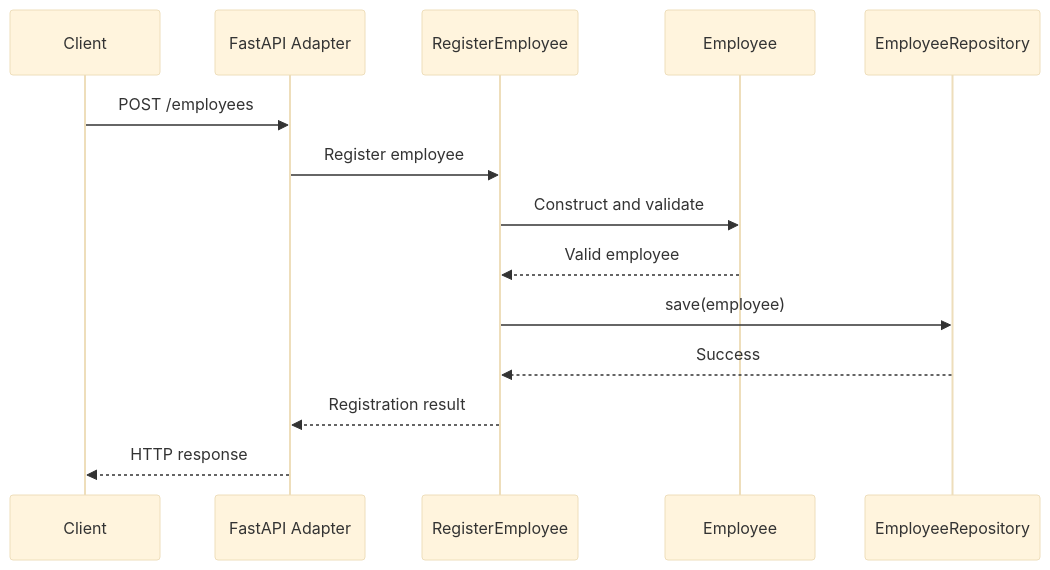
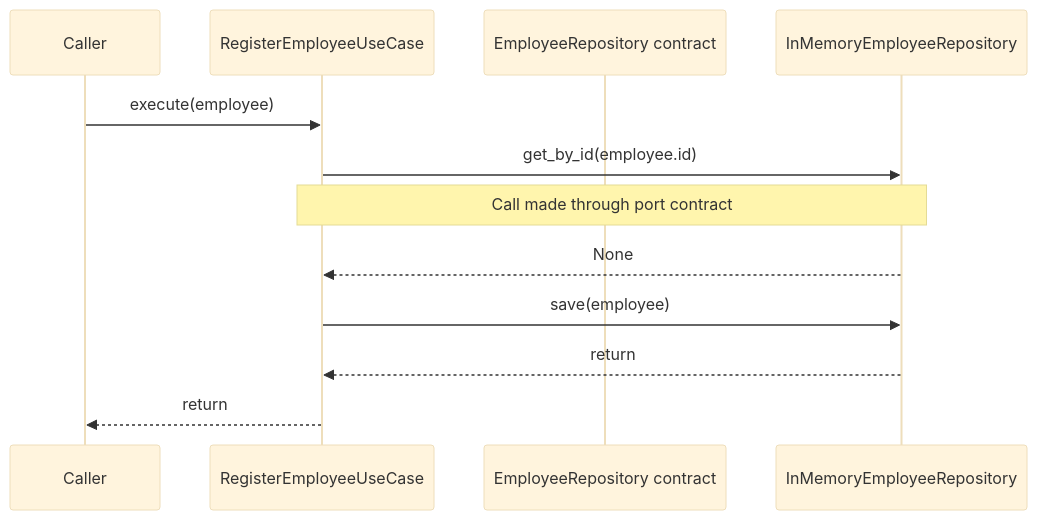
Before and after one commit to Thommans-Playground/coursera-IBM-RAG-Agentic-AI-Professional-Certificate: the tenth of 12 diagrams in course3/instructions.md, drawn with Mermaid (base theme). The commit also changed other lines of this file, not shown here.

````diff
--- a/course3/instructions.md
+++ b/course3/instructions.md
@@ -841,17 +679,14 @@
 ```mermaid
 sequenceDiagram
-    participant Client
-    participant API as FastAPI Adapter
-    participant UC as RegisterEmployee
-    participant Domain as Employee
-    participant Repo as EmployeeRepository
-
-    Client->>API: POST /employees
-    API->>UC: Register employee
-    UC->>Domain: Construct and validate
-    Domain-->>UC: Valid employee
-    UC->>Repo: save(employee)
-    Repo-->>UC: Success
-    UC-->>API: Registration result
-    API-->>Client: HTTP response
+    participant Caller
+    participant UC as RegisterEmployeeUseCase
+    participant Port as EmployeeRepository contract
+    participant Mem as InMemoryEmployeeRepository
+    Caller->>UC: execute(employee)
+    UC->>Mem: get_by_id(employee.id)
+    Note over UC,Mem: Call made through port contract
+    Mem-->>UC: None
+    UC->>Mem: save(employee)
+    Mem-->>UC: return
+    UC-->>Caller: return
 ```
````
